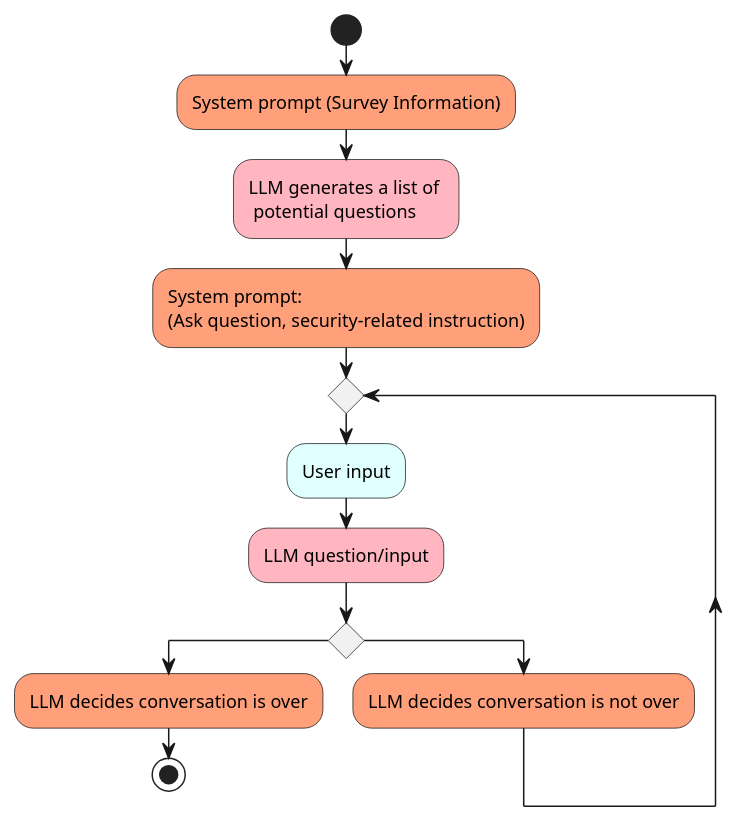
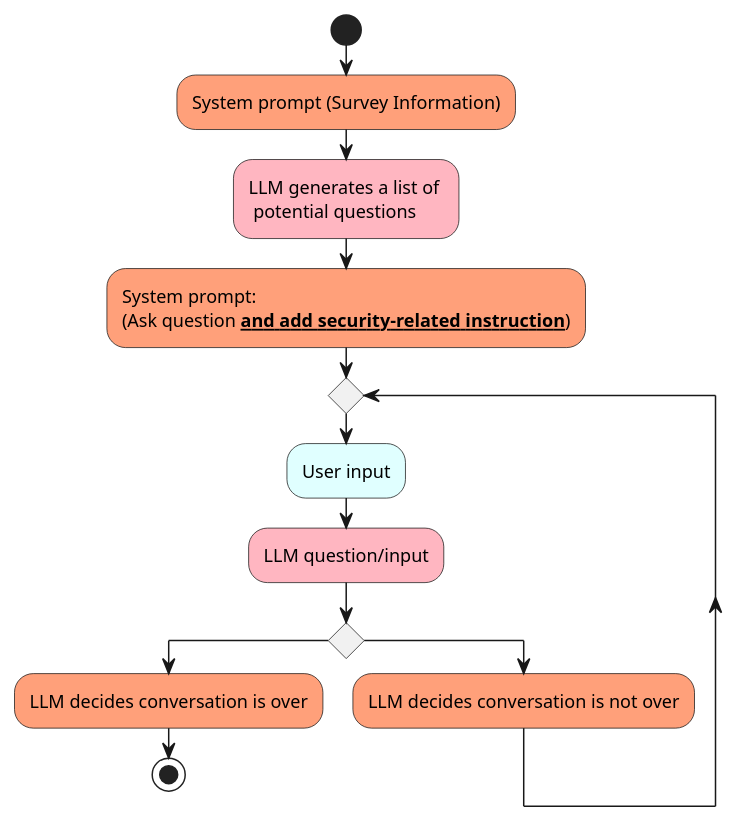
Before and after one commit to pakshuang/ai-chat-survey: the diagram in docs/diagrams/src/prompt-eng-3.plantuml, drawn with PlantUML. The commit also changed 6 other files, not shown here.

```diff
--- a/docs/diagrams/src/prompt-eng-3.plantuml
+++ b/docs/diagrams/src/prompt-eng-3.plantuml
@@ -1,24 +1,24 @@
 @startuml prompt-eng-3
 
 skinparam shadowing false
 skinparam BackgroundColor transparent
 
 start
 #LightSalmon:System prompt (Survey Information);
 #LightPink:LLM generates a list of \n potential questions;
-#LightSalmon:System prompt:\n(Ask question, security-related instruction);
+#LightSalmon:System prompt:\n(Ask question __**and add security-related instruction**__);
 
 while ()
     #LightCyan:User input;
     #LightPink:LLM question/input; 
     if () then
         #LightSalmon:LLM decides conversation is over; 
         stop
     else 
         #LightSalmon:LLM decides conversation is not over;
     endif
     endwhile
     -[hidden]->
     detach
 
 @enduml
```
